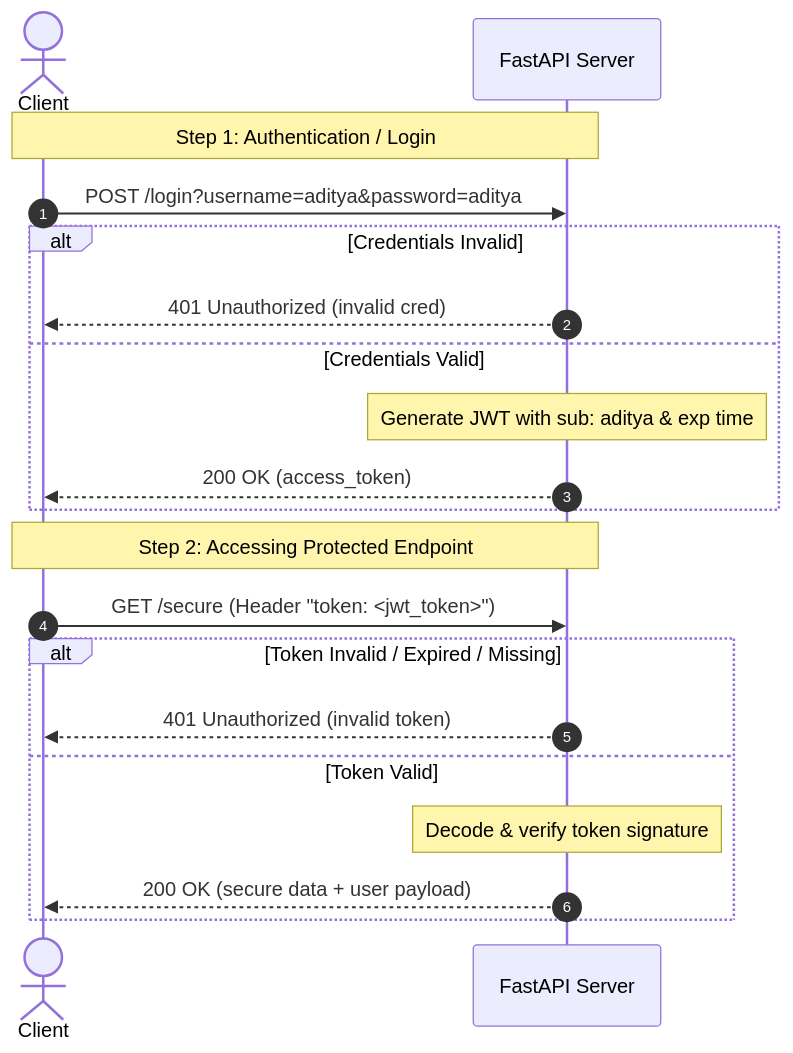
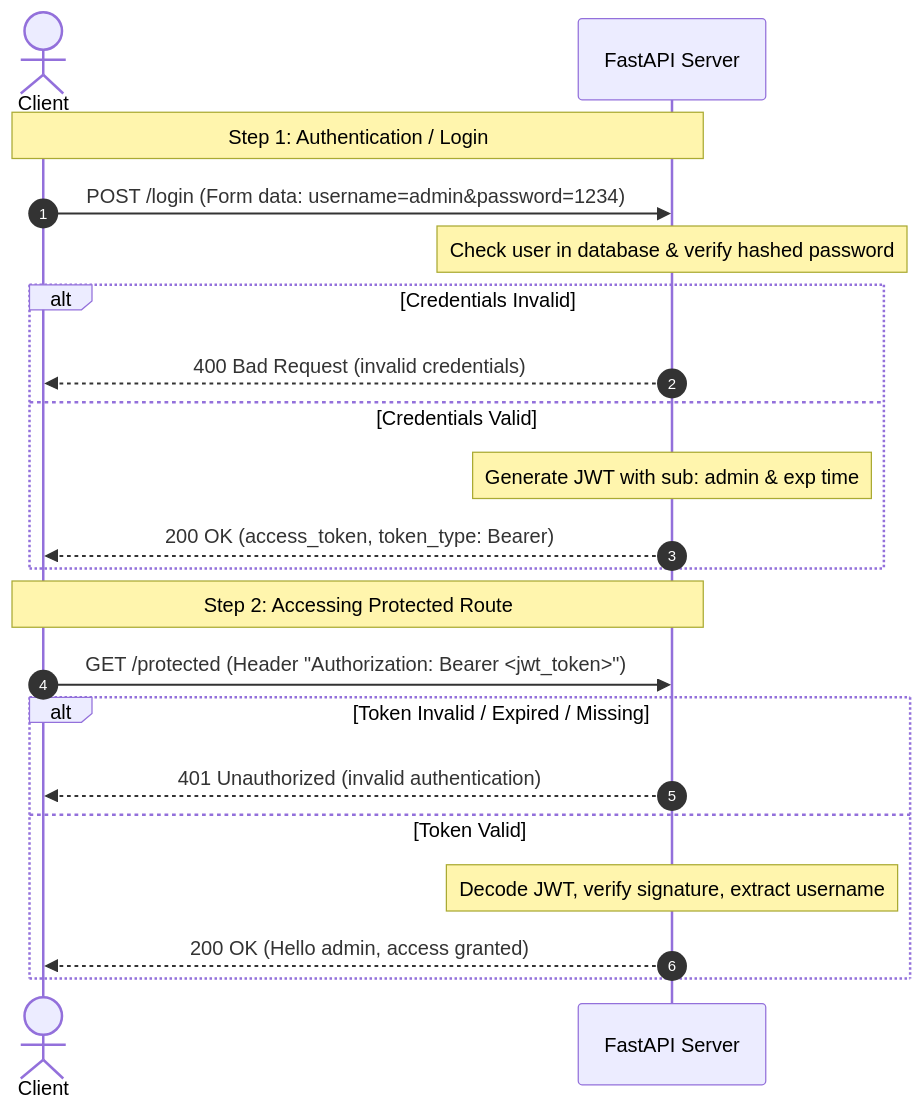
One commit to Aditya-das-4707-e/JWT-Token--FastAPI changed the diagram in README.md. Above: the diagram before and after it, drawn with Mermaid. The commit also changed other lines of this file, not shown here.

````diff
--- a/README.md
+++ b/README.md
@@ -19,24 +20,25 @@
 ```mermaid
 sequenceDiagram
     autonumber
     actor Client
     participant Server as FastAPI Server
 
     Note over Client,Server: Step 1: Authentication / Login
-    Client->>Server: POST /login?username=aditya&password=aditya
+    Client->>Server: POST /login (Form data: username=admin&password=1234)
+    Note over Server: Check user in database & verify hashed password
     alt Credentials Invalid
-        Server-->>Client: 401 Unauthorized (invalid cred)
+        Server-->>Client: 400 Bad Request (invalid credentials)
     else Credentials Valid
-        Note over Server: Generate JWT with sub: aditya & exp time
-        Server-->>Client: 200 OK (access_token)
+        Note over Server: Generate JWT with sub: admin & exp time
+        Server-->>Client: 200 OK (access_token, token_type: Bearer)
     end
 
-    Note over Client,Server: Step 2: Accessing Protected Endpoint
-    Client->>Server: GET /secure (Header "token: <jwt_token>")
+    Note over Client,Server: Step 2: Accessing Protected Route
+    Client->>Server: GET /protected (Header "Authorization: Bearer <jwt_token>")
     alt Token Invalid / Expired / Missing
-        Server-->>Client: 401 Unauthorized (invalid token)
+        Server-->>Client: 401 Unauthorized (invalid authentication)
     else Token Valid
-        Note over Server: Decode & verify token signature
-        Server-->>Client: 200 OK (secure data + user payload)
+        Note over Server: Decode JWT, verify signature, extract username
+        Server-->>Client: 200 OK (Hello admin, access granted)
     end
 ```
````
